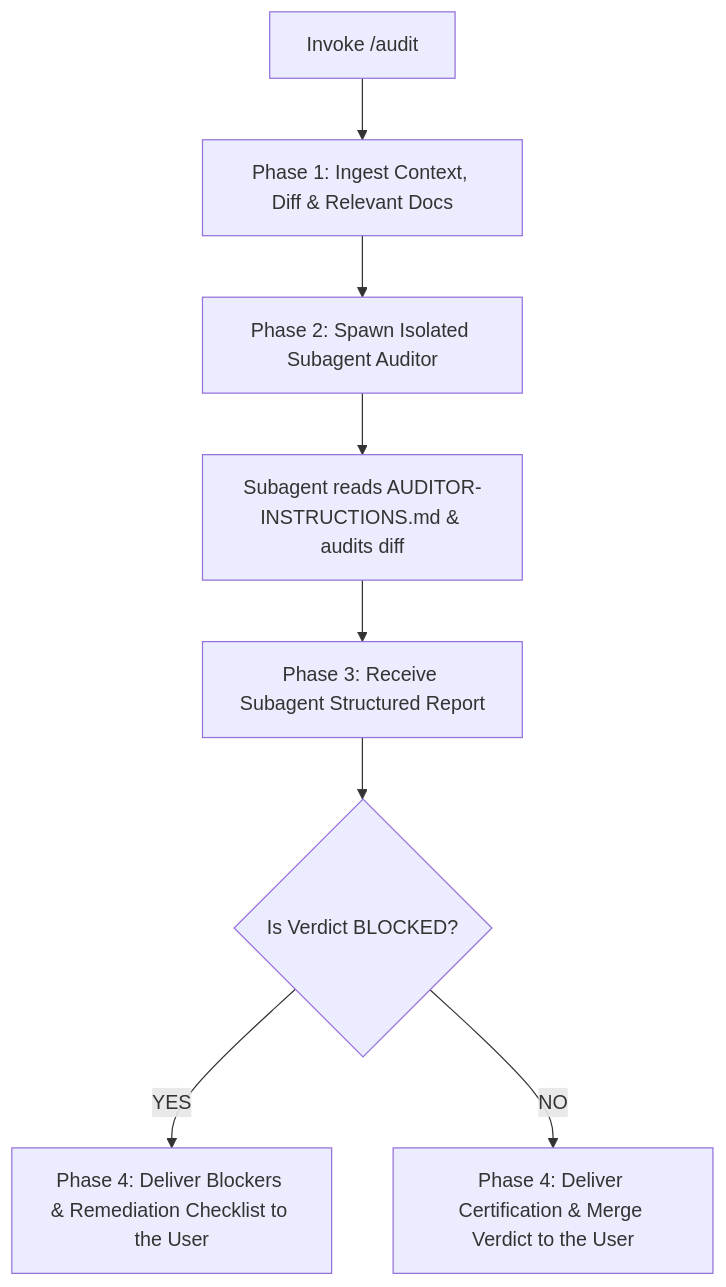
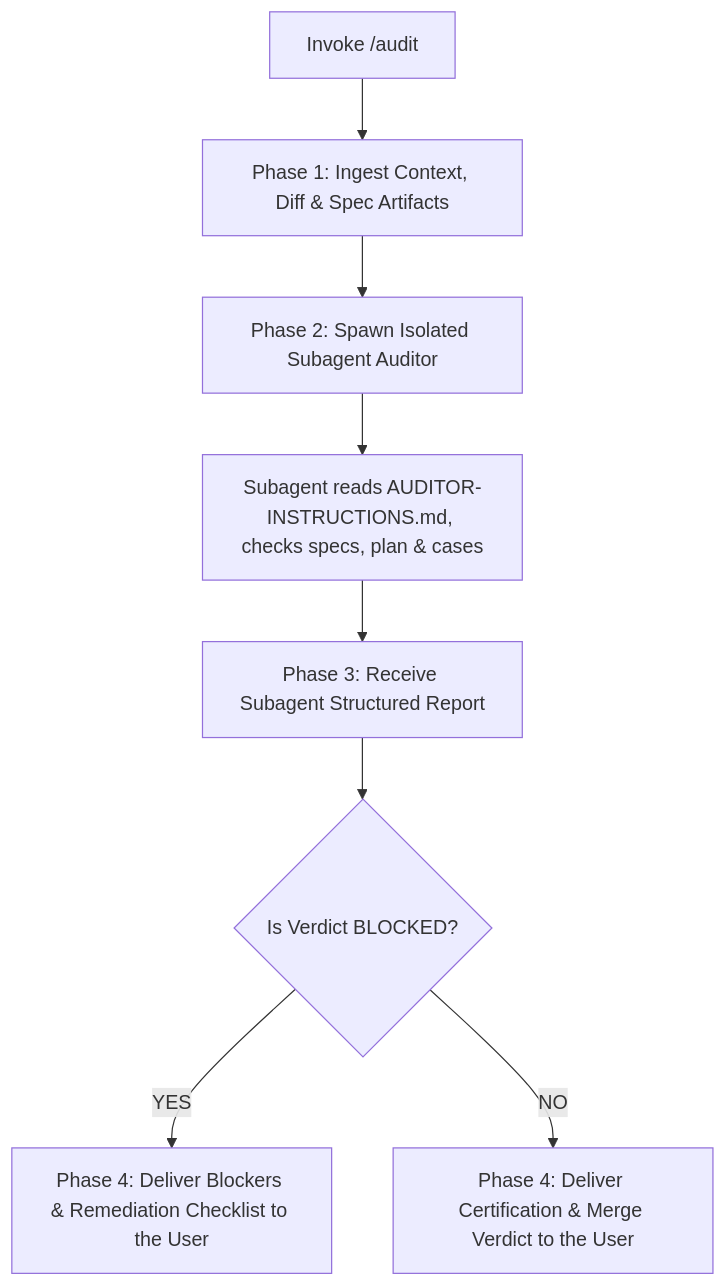
One commit to dimsedra/skills changed the diagram in audit/SKILL.md. Above: the diagram before and after it, drawn with Mermaid. The commit also changed other lines of this file and 9 other files, not shown here.

````diff
--- a/audit/SKILL.md
+++ b/audit/SKILL.md
@@ -18,10 +18,10 @@
 ```mermaid
 flowchart TD
-    A["Invoke /audit"] --> B["Phase 1: Ingest Context, Diff & Relevant Docs"]
+    A["Invoke /audit"] --> B["Phase 1: Ingest Context, Diff & Spec Artifacts"]
     B --> C["Phase 2: Spawn Isolated Subagent Auditor"]
-    C --> D["Subagent reads AUDITOR-INSTRUCTIONS.md & audits diff"]
+    C --> D["Subagent reads AUDITOR-INSTRUCTIONS.md, checks specs, plan & cases"]
     D --> E["Phase 3: Receive Subagent Structured Report"]
     E --> F{"Is Verdict BLOCKED?"}
     F -- YES --> G["Phase 4: Deliver Blockers & Remediation Checklist to the User"]
     F -- NO --> H["Phase 4: Deliver Certification & Merge Verdict to the User"]
 ```
````
